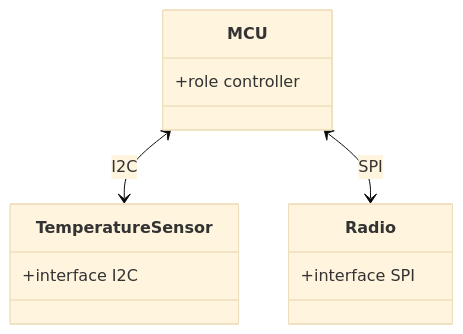
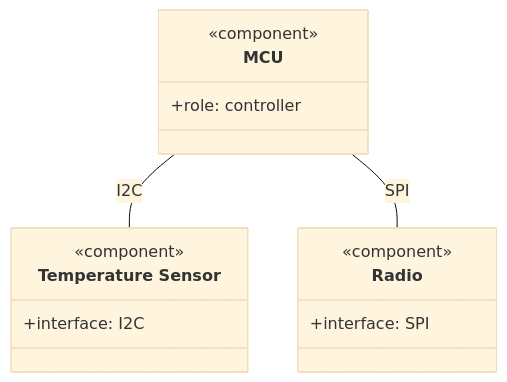
Before and after one commit to majikmushi/gpt_templates: the diagram in examples/cross-format/embedded-controller/model.mmd, drawn with Mermaid (base theme). The commit also changed 41 other files, not shown here.

```diff
--- a/examples/cross-format/embedded-controller/model.mmd
+++ b/examples/cross-format/embedded-controller/model.mmd
@@ -1,12 +1,15 @@
 classDiagram
-    class MCU {
-        +role controller
+    class mcu["MCU"] {
+        <<component>>
+        +role: controller
     }
-    class TemperatureSensor {
-        +interface I2C
+    class sensor["Temperature Sensor"] {
+        <<component>>
+        +interface: I2C
     }
-    class Radio {
-        +interface SPI
+    class radio["Radio"] {
+        <<component>>
+        +interface: SPI
     }
-    MCU <--> TemperatureSensor : I2C
-    MCU <--> Radio : SPI
+    mcu -- sensor : I2C
+    mcu -- radio : SPI
```
